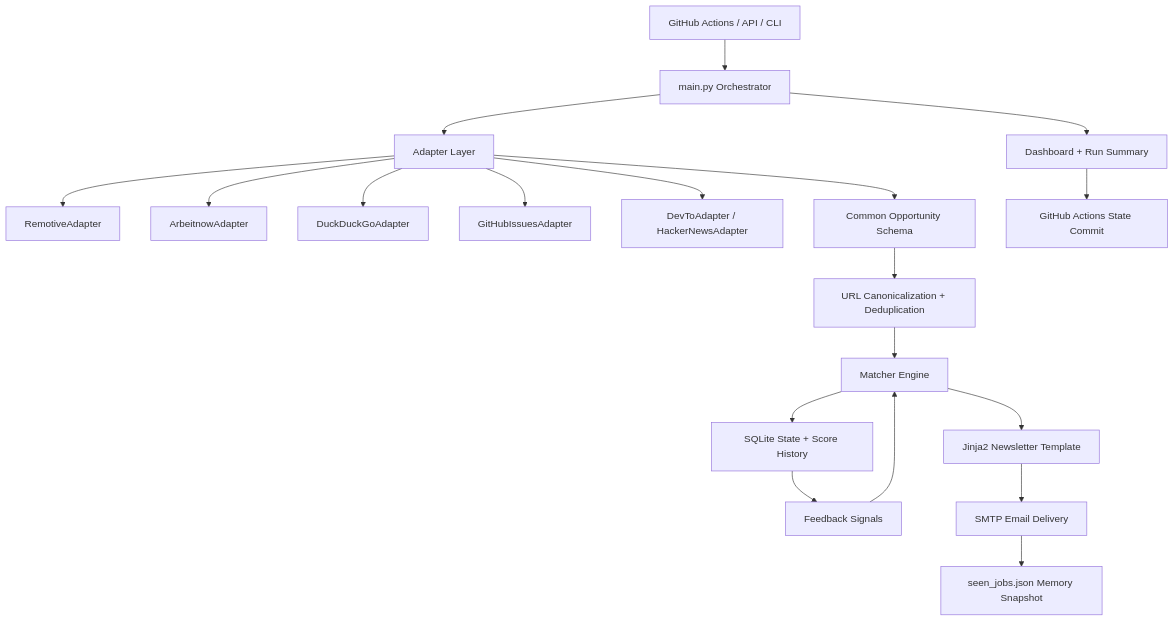
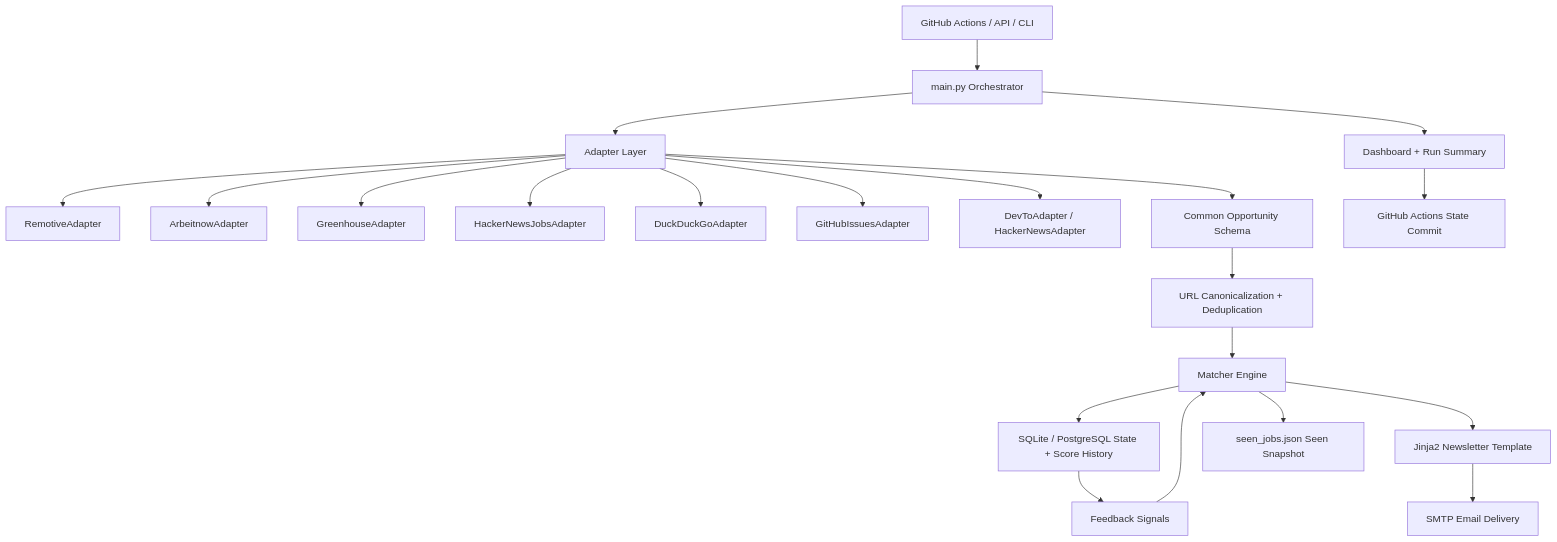
One commit to meryemgcl/jobhunt-auto changed the diagram in README.md. Above: the diagram before and after it, drawn with Mermaid. The commit also changed other lines of this file and 53 other files, not shown here.

````diff
--- a/README.md
+++ b/README.md
@@ -76,25 +77,25 @@
 ```mermaid
 flowchart TD
     A[GitHub Actions / API / CLI] --> B[main.py Orchestrator]
 
     B --> C[Adapter Layer]
     C --> C1[RemotiveAdapter]
     C --> C2[ArbeitnowAdapter]
-    C --> C3[DuckDuckGoAdapter]
-    C --> C4[GitHubIssuesAdapter]
-    C --> C5[DevToAdapter / HackerNewsAdapter]
+    C --> C3[GreenhouseAdapter]
+    C --> C4[HackerNewsJobsAdapter]
+    C --> C5[DuckDuckGoAdapter]
+    C --> C6[GitHubIssuesAdapter]
+    C --> C7[DevToAdapter / HackerNewsAdapter]
 
     C --> D[Common Opportunity Schema]
     D --> E[URL Canonicalization + Deduplication]
     E --> F[Matcher Engine]
-    F --> G[SQLite State + Score History]
+    F --> G[SQLite / PostgreSQL State + Score History]
     G --> H[Feedback Signals]
     H --> F
-
     F --> I[Jinja2 Newsletter Template]
     I --> J[SMTP Email Delivery]
-    J --> K[seen_jobs.json Memory Snapshot]
-
+    F --> K[seen_jobs.json Seen Snapshot]
     B --> L[Dashboard + Run Summary]
     L --> M[GitHub Actions State Commit]
 ```
````
